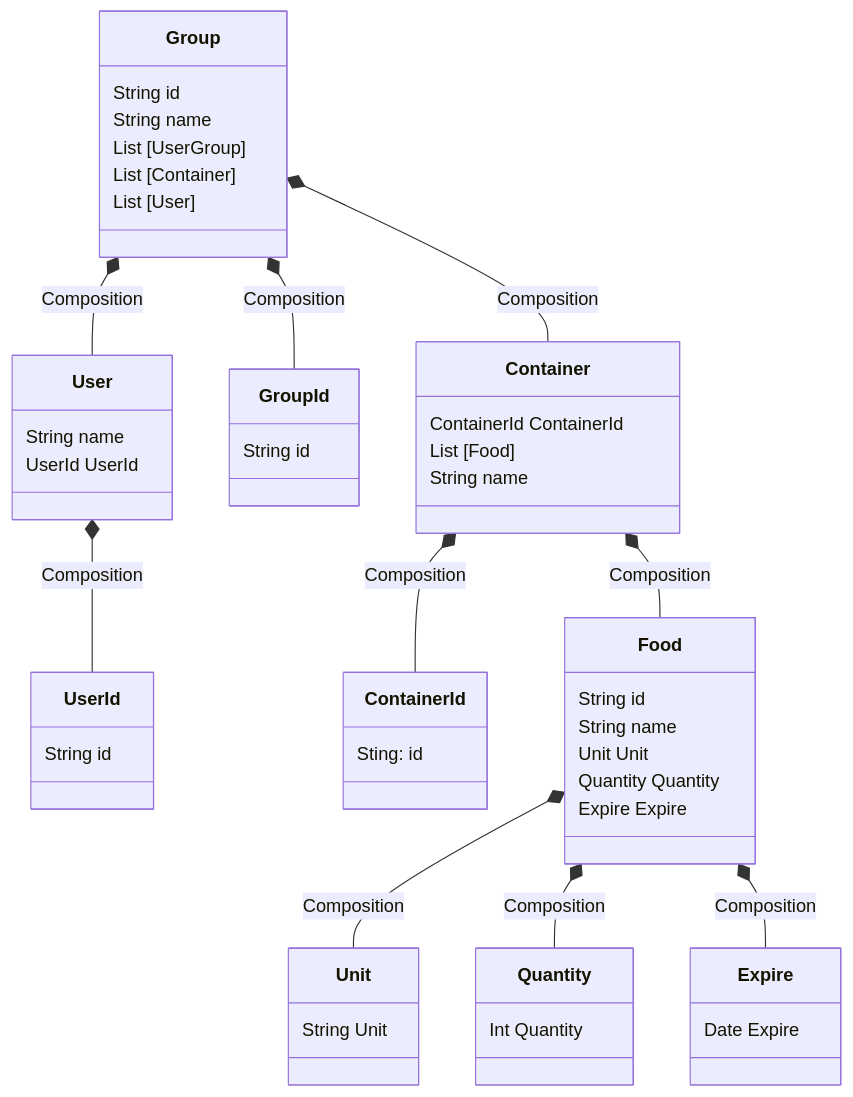
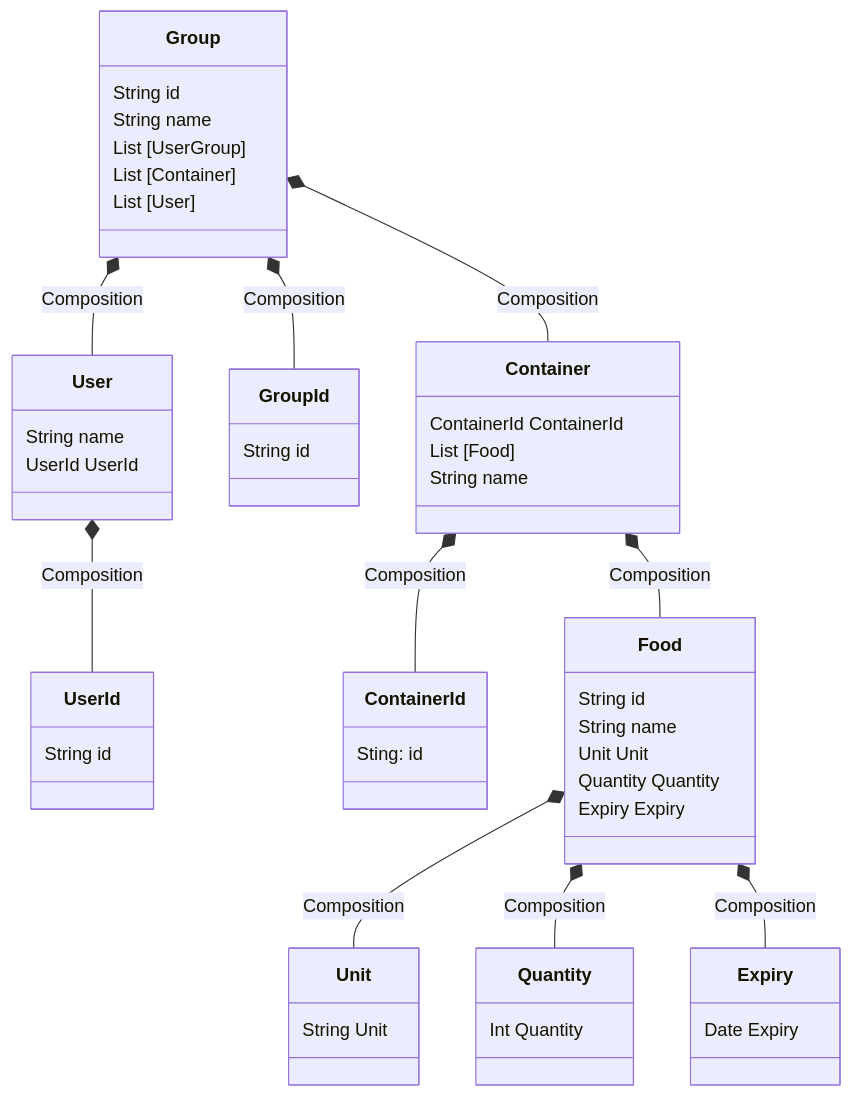
The second of 2 diagrams in project-document/docs/domain-model/domain-model.md (nishiki-tech/nishiki-documents), drawn with Mermaid before and after one commit.

Commit message:
update: Expire -> Expiry

````diff
--- a/project-document/docs/domain-model/domain-model.md
+++ b/project-document/docs/domain-model/domain-model.md
@@ -25,69 +25,69 @@
 ```mermaid
 classDiagram
 
     class UserId {
         String id
     }
 
     class User {
         String name
         UserId UserId
     }
 
 
     class GroupId {
         String id
     }
 
     class Group {
         String id
         String name
         List [UserGroup]
         List [Container]
         List [User]
     }
 
     class Container {
         ContainerId ContainerId
         List [Food]
         String name
     }
 
     class ContainerId {
         Sting: id
     }
 
     class Food {
         String id
         String name
         Unit Unit
         Quantity Quantity
-        Expire Expire
+        Expiry Expiry
     }
 
     class Unit {
         String Unit
     }
 
     class Quantity {
         Int Quantity
     }
 
-    class Expire {
-        Date Expire
+    class Expiry {
+        Date Expiry
     }
 
     User *-- UserId : Composition
 
     Group *-- GroupId : Composition
     Group *-- Container : Composition
     Group *-- User : Composition
 
     Container *-- ContainerId : Composition
     Container *-- Food : Composition
 
     Food *-- Unit : Composition
     Food *-- Quantity : Composition
-    Food *-- Expire : Composition
+    Food *-- Expiry : Composition
 
 ```
````
